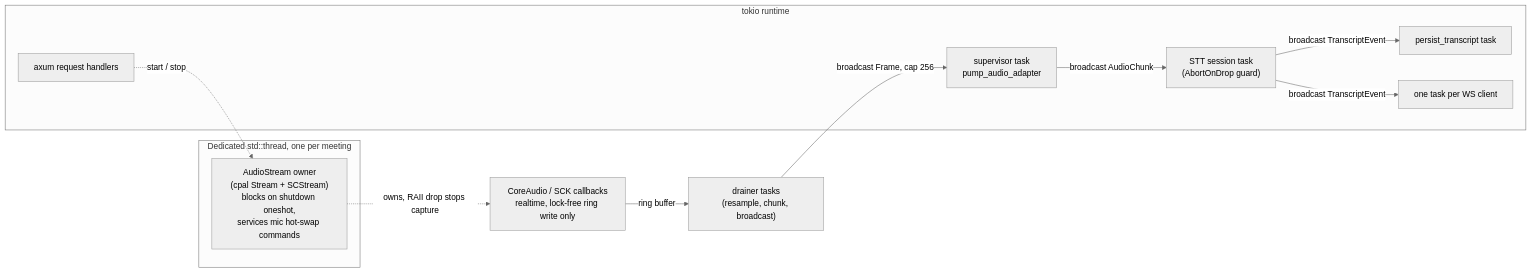
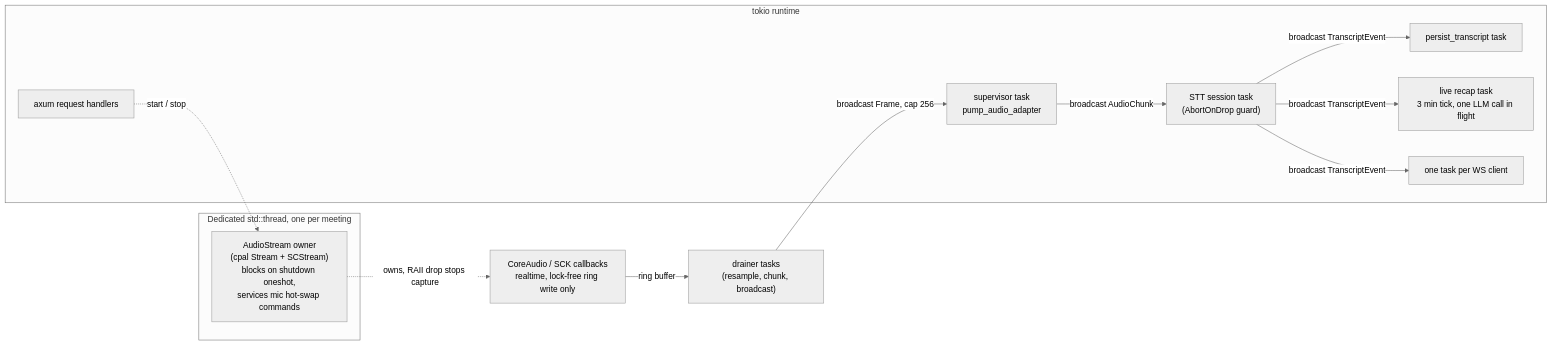
Before and after one commit to jarvisrchen/yogurt: the second of 13 diagrams in docs/ARCHITECTURE.md, drawn with Mermaid (neutral theme). The commit also changed other lines of this file and 38 other files, not shown here.

First line of the commit message:
MTG-22: Show a live recap of the discussion while recording (#200)

````diff
--- a/docs/ARCHITECTURE.md
+++ b/docs/ARCHITECTURE.md
@@ -158,24 +158,26 @@
 ```mermaid
 graph LR
     subgraph OS["Dedicated std::thread, one per meeting"]
         CAP["AudioStream owner<br/>(cpal Stream + SCStream)<br/>blocks on shutdown oneshot,<br/>services mic hot-swap commands"]
     end
 
     subgraph RT["tokio runtime"]
         SUP["supervisor task<br/>pump_audio_adapter"]
         STTT["STT session task<br/>(AbortOnDrop guard)"]
         PERS["persist_transcript task"]
+        RECAP["live recap task<br/>3 min tick, one LLM call in flight"]
         WSC["one task per WS client"]
         HTTP["axum request handlers"]
     end
 
     CB["CoreAudio / SCK callbacks<br/>realtime, lock-free ring write only"]
 
     CB -->|"ring buffer"| DRAIN["drainer tasks<br/>(resample, chunk, broadcast)"]
     DRAIN -->|"broadcast Frame, cap 256"| SUP
     CAP -.->|"owns, RAII drop stops capture"| CB
     SUP -->|"broadcast AudioChunk"| STTT
     STTT -->|"broadcast TranscriptEvent"| PERS
+    STTT -->|"broadcast TranscriptEvent"| RECAP
     STTT -->|"broadcast TranscriptEvent"| WSC
     HTTP -.->|"start / stop"| CAP
 ```
````
